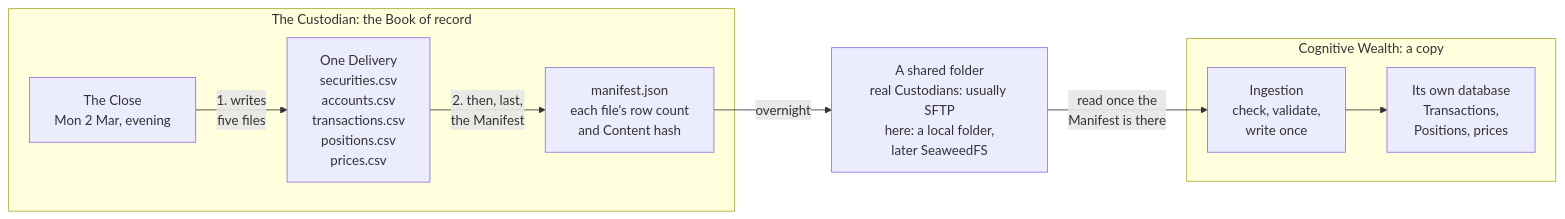
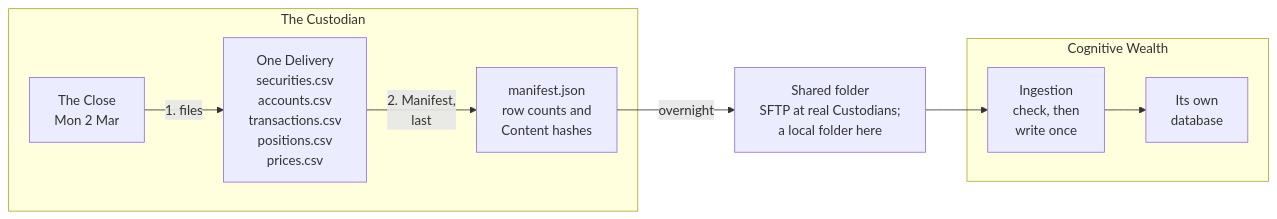
One commit to m0t0r/cognitive-wealth changed the diagram in docs/diagrams/feed-delivery.mmd. Above: the diagram before and after it, drawn with Mermaid. The commit also changed 3 other files, not shown here.

Commit message:
docs(learn): narrow the feed Delivery diagram so it fits a page

```diff
--- a/docs/diagrams/feed-delivery.mmd
+++ b/docs/diagrams/feed-delivery.mmd
@@ -1,16 +1,16 @@
 flowchart LR
-  subgraph custodian["The Custodian: the Book of record"]
-    close["The Close<br/>Mon 2 Mar, evening"]
+  subgraph custodian["The Custodian"]
+    close["The Close<br/>Mon 2 Mar"]
     files["One Delivery<br/>securities.csv<br/>accounts.csv<br/>transactions.csv<br/>positions.csv<br/>prices.csv"]
-    manifest["manifest.json<br/>each file's row count<br/>and Content hash"]
-    close -->|"1. writes<br/>five files"| files
-    files -->|"2. then, last,<br/>the Manifest"| manifest
+    manifest["manifest.json<br/>row counts and<br/>Content hashes"]
+    close -->|"1. files"| files
+    files -->|"2. Manifest,<br/>last"| manifest
   end
-  landing["A shared folder<br/>real Custodians: usually SFTP<br/>here: a local folder,<br/>later SeaweedFS"]
-  subgraph cw["Cognitive Wealth: a copy"]
-    ingest["Ingestion<br/>check, validate,<br/>write once"]
-    db["Its own database<br/>Transactions,<br/>Positions, prices"]
+  landing["Shared folder<br/>SFTP at real Custodians;<br/>a local folder here"]
+  subgraph cw["Cognitive Wealth"]
+    ingest["Ingestion<br/>check, then<br/>write once"]
+    db["Its own<br/>database"]
     ingest --> db
   end
   manifest -->|"overnight"| landing
-  landing -->|"read once the<br/>Manifest is there"| ingest
+  landing --> ingest
```
